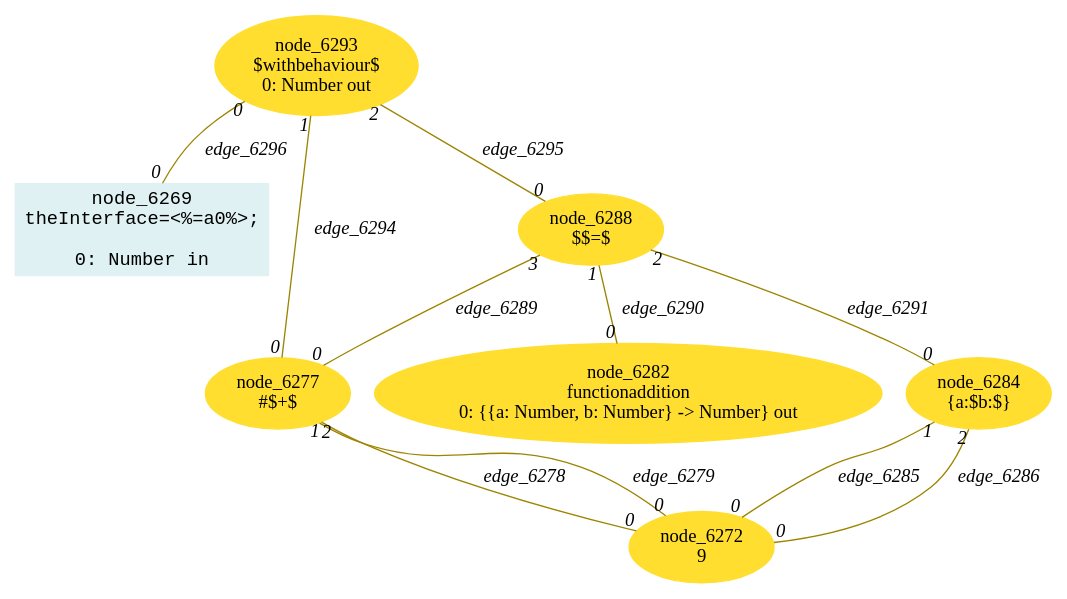
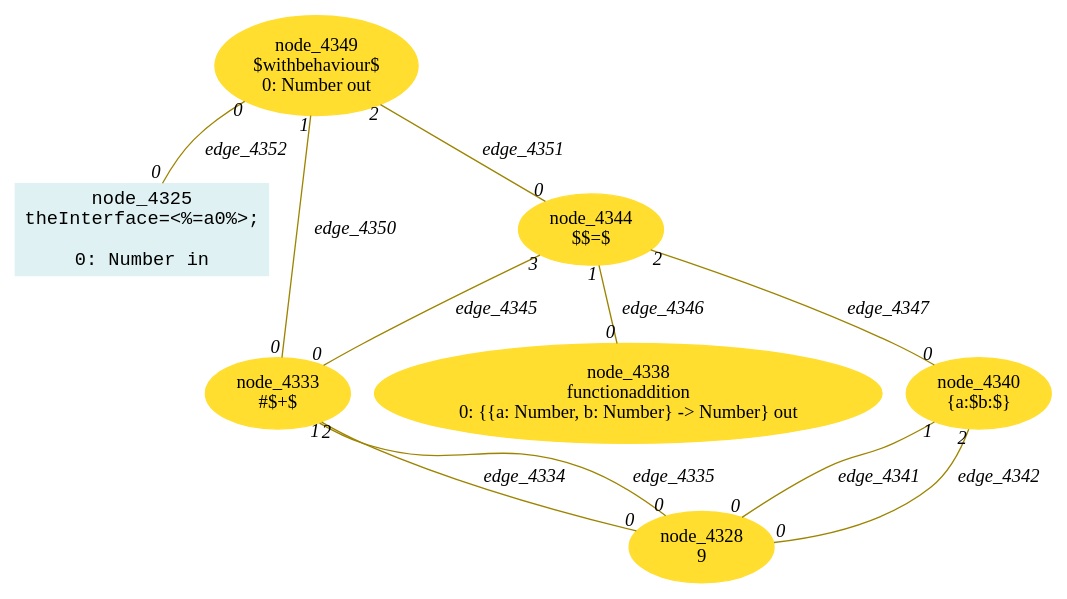
Before and after one commit to crubier/lidl: the diagram in lidl-core/example/ok/literals/dot/13referentialTransparencyInstances1.dot, drawn with Graphviz. The commit also changed 983 other files, not shown here.

```diff
--- a/lidl-core/example/ok/literals/dot/13referentialTransparencyInstances1.dot
+++ b/lidl-core/example/ok/literals/dot/13referentialTransparencyInstances1.dot
@@ -1,33 +1,33 @@
-digraph g{node_6269 [shape="box", style="filled", color="#dff1f2", fontname="Courier", label="node_6269
+digraph g{node_4325 [shape="box", style="filled", color="#dff1f2", fontname="Courier", label="node_4325
 theInterface=<%=a0%>;
 
 0: Number in" ]
-node_6272 [shape="ellipse", style="filled", color="#ffde2f", fontname="Times", label="node_6272
+node_4328 [shape="ellipse", style="filled", color="#ffde2f", fontname="Times", label="node_4328
 9
 " ]
-node_6277 [shape="ellipse", style="filled", color="#ffde2f", fontname="Times", label="node_6277
+node_4333 [shape="ellipse", style="filled", color="#ffde2f", fontname="Times", label="node_4333
 #$+$
 " ]
-node_6282 [shape="ellipse", style="filled", color="#ffde2f", fontname="Times", label="node_6282
+node_4338 [shape="ellipse", style="filled", color="#ffde2f", fontname="Times", label="node_4338
 functionaddition
 0: {{a: Number, b: Number} -> Number} out" ]
-node_6284 [shape="ellipse", style="filled", color="#ffde2f", fontname="Times", label="node_6284
+node_4340 [shape="ellipse", style="filled", color="#ffde2f", fontname="Times", label="node_4340
 {a:$b:$}
 " ]
-node_6288 [shape="ellipse", style="filled", color="#ffde2f", fontname="Times", label="node_6288
+node_4344 [shape="ellipse", style="filled", color="#ffde2f", fontname="Times", label="node_4344
 $$=$
 " ]
-node_6293 [shape="ellipse", style="filled", color="#ffde2f", fontname="Times", label="node_6293
+node_4349 [shape="ellipse", style="filled", color="#ffde2f", fontname="Times", label="node_4349
 $withbehaviour$
 0: Number out" ]
-node_6277 -> node_6272 [dir=none, arrowHead=none, fontname="Times-Italic", arrowsize=1, color="#9d8400", label="edge_6278",  headlabel="0", taillabel="1" ]
-node_6277 -> node_6272 [dir=none, arrowHead=none, fontname="Times-Italic", arrowsize=1, color="#9d8400", label="edge_6279",  headlabel="0", taillabel="2" ]
-node_6284 -> node_6272 [dir=none, arrowHead=none, fontname="Times-Italic", arrowsize=1, color="#9d8400", label="edge_6285",  headlabel="0", taillabel="1" ]
-node_6284 -> node_6272 [dir=none, arrowHead=none, fontname="Times-Italic", arrowsize=1, color="#9d8400", label="edge_6286",  headlabel="0", taillabel="2" ]
-node_6288 -> node_6277 [dir=none, arrowHead=none, fontname="Times-Italic", arrowsize=1, color="#9d8400", label="edge_6289",  headlabel="0", taillabel="3" ]
-node_6288 -> node_6282 [dir=none, arrowHead=none, fontname="Times-Italic", arrowsize=1, color="#9d8400", label="edge_6290",  headlabel="0", taillabel="1" ]
-node_6288 -> node_6284 [dir=none, arrowHead=none, fontname="Times-Italic", arrowsize=1, color="#9d8400", label="edge_6291",  headlabel="0", taillabel="2" ]
-node_6293 -> node_6277 [dir=none, arrowHead=none, fontname="Times-Italic", arrowsize=1, color="#9d8400", label="edge_6294",  headlabel="0", taillabel="1" ]
-node_6293 -> node_6288 [dir=none, arrowHead=none, fontname="Times-Italic", arrowsize=1, color="#9d8400", label="edge_6295",  headlabel="0", taillabel="2" ]
-node_6293 -> node_6269 [dir=none, arrowHead=none, fontname="Times-Italic", arrowsize=1, color="#9d8400", label="edge_6296",  headlabel="0", taillabel="0" ]
+node_4333 -> node_4328 [dir=none, arrowHead=none, fontname="Times-Italic", arrowsize=1, color="#9d8400", label="edge_4334",  headlabel="0", taillabel="1" ]
+node_4333 -> node_4328 [dir=none, arrowHead=none, fontname="Times-Italic", arrowsize=1, color="#9d8400", label="edge_4335",  headlabel="0", taillabel="2" ]
+node_4340 -> node_4328 [dir=none, arrowHead=none, fontname="Times-Italic", arrowsize=1, color="#9d8400", label="edge_4341",  headlabel="0", taillabel="1" ]
+node_4340 -> node_4328 [dir=none, arrowHead=none, fontname="Times-Italic", arrowsize=1, color="#9d8400", label="edge_4342",  headlabel="0", taillabel="2" ]
+node_4344 -> node_4333 [dir=none, arrowHead=none, fontname="Times-Italic", arrowsize=1, color="#9d8400", label="edge_4345",  headlabel="0", taillabel="3" ]
+node_4344 -> node_4338 [dir=none, arrowHead=none, fontname="Times-Italic", arrowsize=1, color="#9d8400", label="edge_4346",  headlabel="0", taillabel="1" ]
+node_4344 -> node_4340 [dir=none, arrowHead=none, fontname="Times-Italic", arrowsize=1, color="#9d8400", label="edge_4347",  headlabel="0", taillabel="2" ]
+node_4349 -> node_4333 [dir=none, arrowHead=none, fontname="Times-Italic", arrowsize=1, color="#9d8400", label="edge_4350",  headlabel="0", taillabel="1" ]
+node_4349 -> node_4344 [dir=none, arrowHead=none, fontname="Times-Italic", arrowsize=1, color="#9d8400", label="edge_4351",  headlabel="0", taillabel="2" ]
+node_4349 -> node_4325 [dir=none, arrowHead=none, fontname="Times-Italic", arrowsize=1, color="#9d8400", label="edge_4352",  headlabel="0", taillabel="0" ]
 }
```
